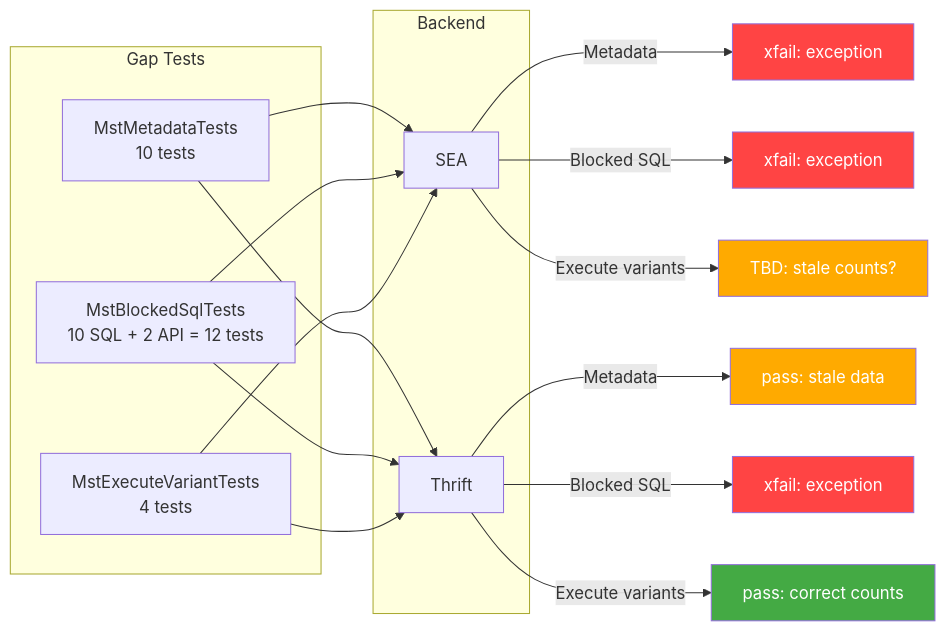
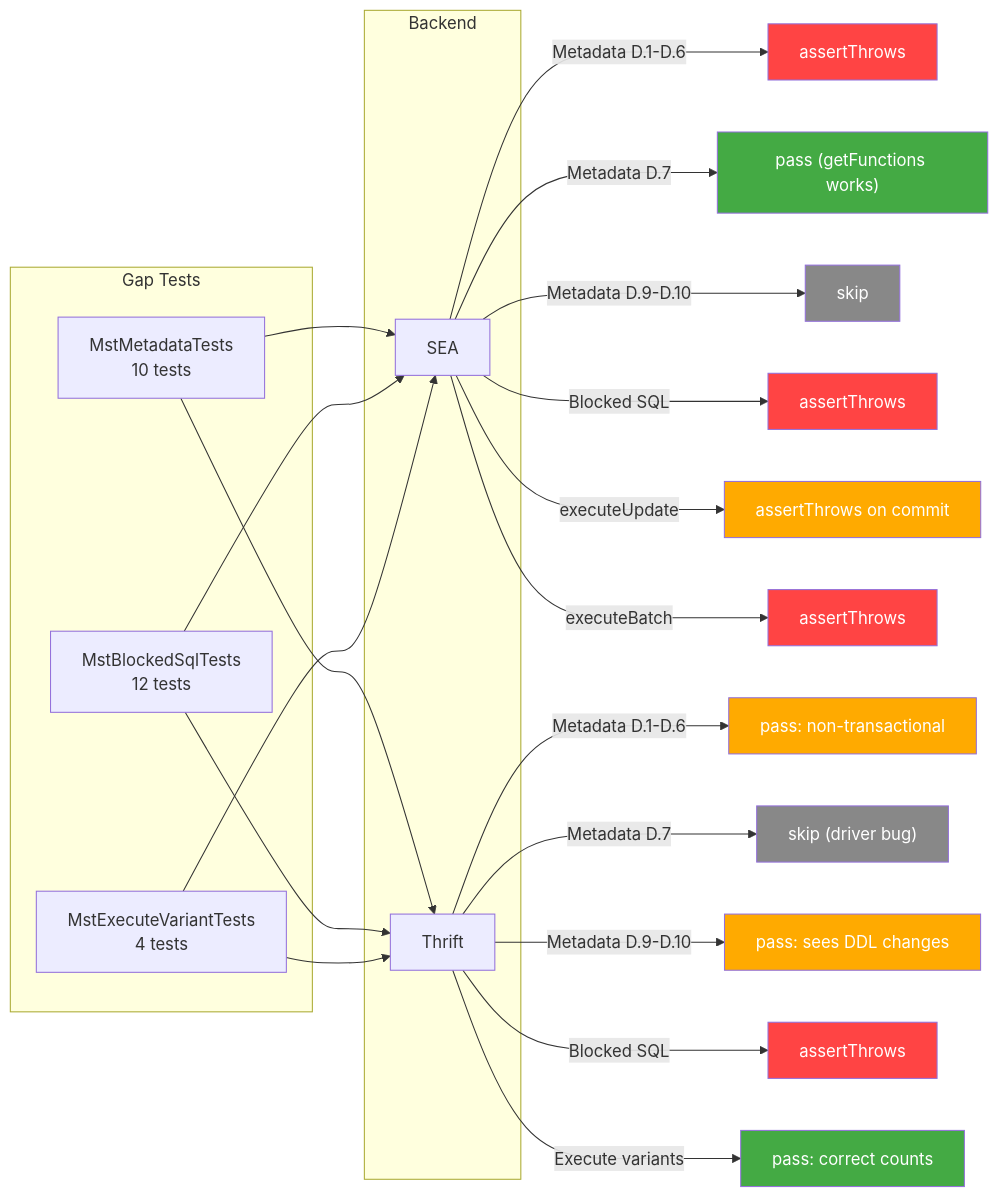
One commit to databricks/databricks-jdbc changed the seventh of 10 diagrams in docs/mst-test-design.md. Above: the diagram before and after it, drawn with Mermaid. The commit also changed other lines of this file, not shown here.

First line of the commit message:
Update MST test design doc with E2E findings

````diff
--- a/docs/mst-test-design.md
+++ b/docs/mst-test-design.md
@@ -233,34 +287,44 @@
 ```mermaid
 flowchart LR
     subgraph "Gap Tests"
         META["MstMetadataTests<br/>10 tests"]
-        BLOCKED["MstBlockedSqlTests<br/>10 SQL + 2 API = 12 tests"]
+        BLOCKED["MstBlockedSqlTests<br/>12 tests"]
         EXEC["MstExecuteVariantTests<br/>4 tests"]
     end
 
     subgraph "Backend"
         SEA2[SEA]
         THRIFT2[Thrift]
     end
 
     META --> SEA2
     META --> THRIFT2
     BLOCKED --> SEA2
     BLOCKED --> THRIFT2
     EXEC --> SEA2
     EXEC --> THRIFT2
 
-    SEA2 -->|"Metadata"| XFAIL1["xfail: exception"]
-    THRIFT2 -->|"Metadata"| STALE1["pass: stale data"]
-    SEA2 -->|"Blocked SQL"| XFAIL2["xfail: exception"]
-    THRIFT2 -->|"Blocked SQL"| XFAIL3["xfail: exception"]
-    SEA2 -->|"Execute variants"| TBD["TBD: stale counts?"]
-    THRIFT2 -->|"Execute variants"| PASS["pass: correct counts"]
+    SEA2 -->|"Metadata D.1-D.6"| XFAIL1["assertThrows"]
+    SEA2 -->|"Metadata D.7"| PASS_F["pass (getFunctions works)"]
+    SEA2 -->|"Metadata D.9-D.10"| SKIP1["skip"]
+    THRIFT2 -->|"Metadata D.1-D.6"| NONTXN1["pass: non-transactional"]
+    THRIFT2 -->|"Metadata D.7"| SKIP_F["skip (driver bug)"]
+    THRIFT2 -->|"Metadata D.9-D.10"| FRESH["pass: sees DDL changes"]
+    SEA2 -->|"Blocked SQL"| XFAIL2["assertThrows"]
+    THRIFT2 -->|"Blocked SQL"| XFAIL3["assertThrows"]
+    SEA2 -->|"executeUpdate"| POISON["assertThrows on commit"]
+    SEA2 -->|"executeBatch"| THROW["assertThrows"]
+    THRIFT2 -->|"Execute variants"| PASS2["pass: correct counts"]
 
     style XFAIL1 fill:#f44,color:#fff
     style XFAIL2 fill:#f44,color:#fff
     style XFAIL3 fill:#f44,color:#fff
-    style STALE1 fill:#fa0,color:#fff
-    style TBD fill:#fa0,color:#fff
-    style PASS fill:#4a4,color:#fff
+    style POISON fill:#fa0,color:#fff
+    style THROW fill:#f44,color:#fff
+    style NONTXN1 fill:#fa0,color:#fff
+    style FRESH fill:#fa0,color:#fff
+    style PASS2 fill:#4a4,color:#fff
+    style PASS_F fill:#4a4,color:#fff
+    style SKIP1 fill:#888,color:#fff
+    style SKIP_F fill:#888,color:#fff
 ```
````
